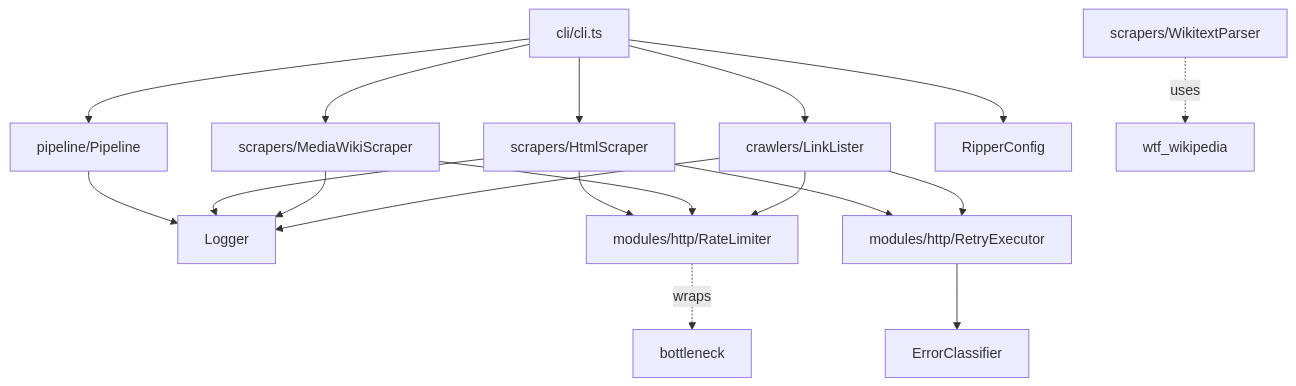
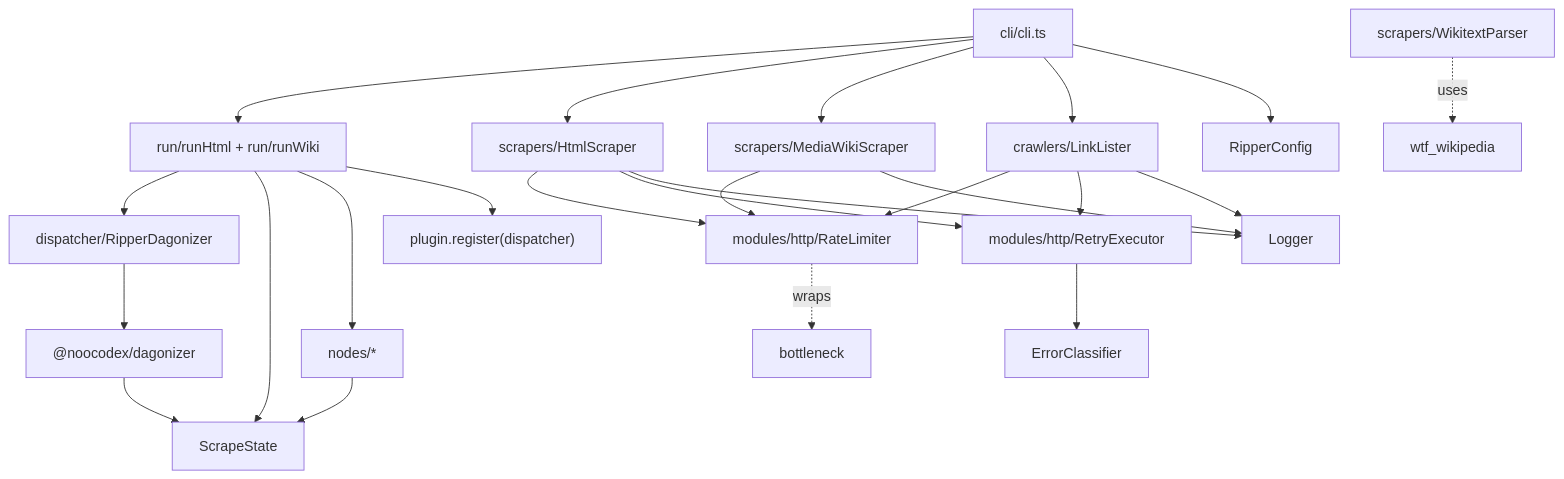
The first of 19 diagrams in docs/architecture.md (Studnicky/PathRipper), drawn with Mermaid before and after one commit. The commit also changed other lines of this file and 717 other files, not shown here.

````diff
--- a/docs/architecture.md
+++ b/docs/architecture.md
@@ -7,25 +7,33 @@
 ```mermaid
 graph TD
-    CLI[cli/cli.ts] --> Pipeline
+    CLI[cli/cli.ts] --> RipperRun
     CLI --> HtmlScraper
     CLI --> MediaWikiScraper
     CLI --> LinkLister
     CLI --> RipperConfig
 
-    Pipeline[pipeline/Pipeline] --> Logger
+    RipperRun[run/runHtml + run/runWiki] --> RipperDagonizer
+    RipperRun --> ScrapeState
+    RipperRun --> BuiltinNodes
+    RipperRun --> PluginRegister["plugin.register(dispatcher)"]
+
+    RipperDagonizer[dispatcher/RipperDagonizer] --> Dagonizer
+    Dagonizer["@noocodex/dagonizer"] --> ScrapeState
+
+    BuiltinNodes[nodes/*] --> ScrapeState
 
     HtmlScraper[scrapers/HtmlScraper] --> RateLimiter
     HtmlScraper --> RetryExecutor
     HtmlScraper --> Logger
 
     MediaWikiScraper[scrapers/MediaWikiScraper] --> RateLimiter
     MediaWikiScraper --> Logger
     WikitextParser[scrapers/WikitextParser] -.uses.-> wtf_wikipedia
 
     LinkLister[crawlers/LinkLister] --> RateLimiter
     LinkLister --> RetryExecutor
     LinkLister --> Logger
 
     RetryExecutor[modules/http/RetryExecutor] --> ErrorClassifier
     RateLimiter[modules/http/RateLimiter] -.wraps.-> bottleneck
 ```
````
